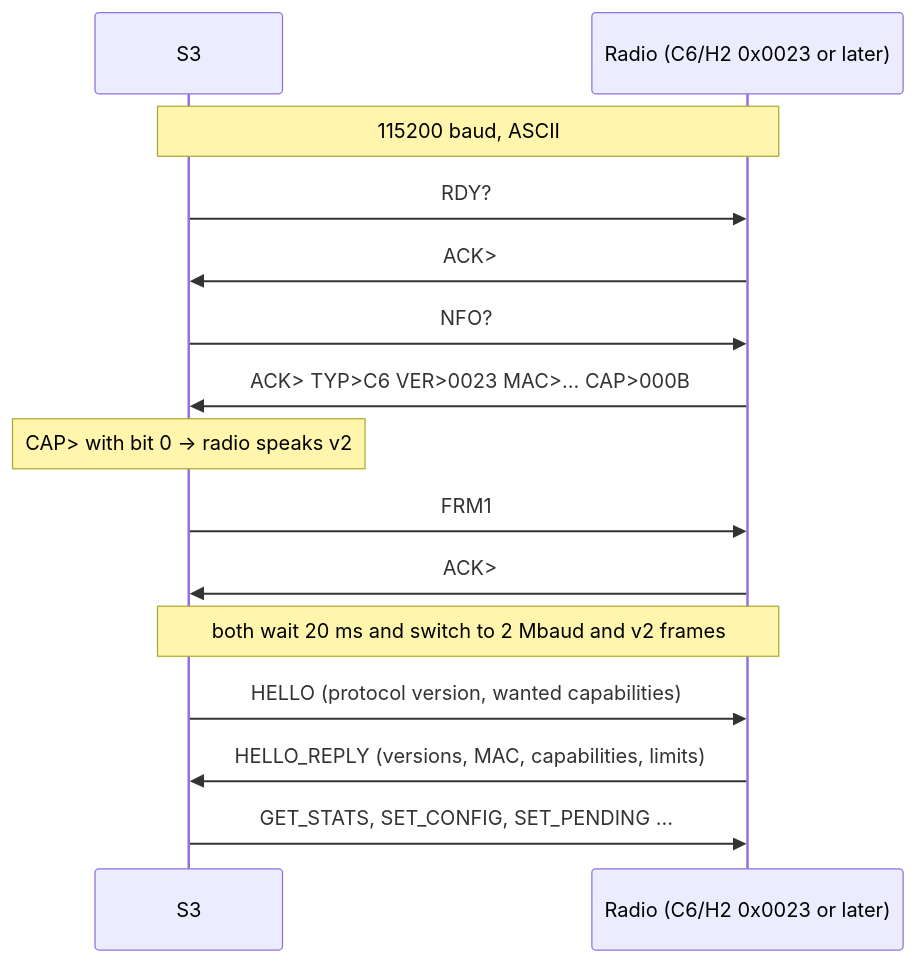
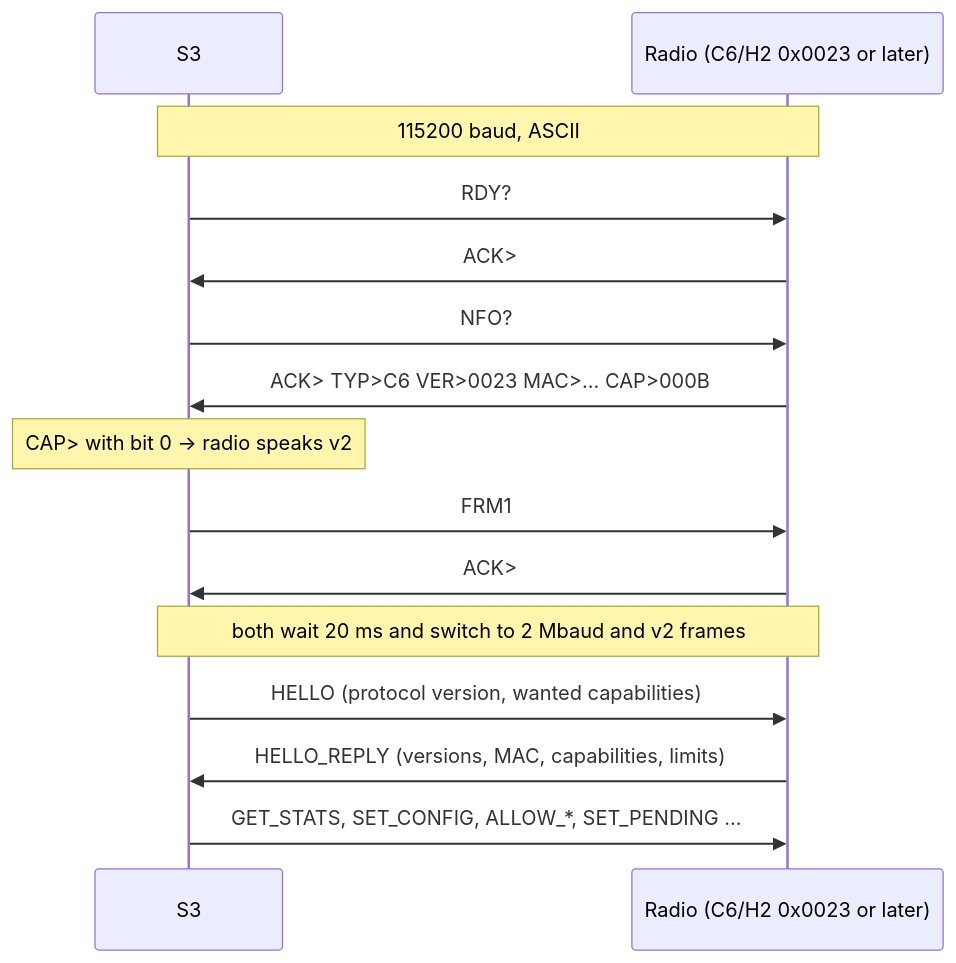
The diagram in docs/design/radio-protocol-v2.md (OpenEPaperLink/OpenEPaperLink), drawn with Mermaid before and after one commit. The commit also changed other lines of this file and 10 other files, not shown here.

````diff
--- a/docs/design/radio-protocol-v2.md
+++ b/docs/design/radio-protocol-v2.md
@@ -24,17 +24,17 @@
 ```mermaid
 sequenceDiagram
     participant S3
     participant R as Radio (C6/H2 0x0023 or later)
     Note over S3,R: 115200 baud, ASCII
     S3->>R: RDY?
     R->>S3: ACK>
     S3->>R: NFO?
     R->>S3: ACK> TYP>C6 VER>0023 MAC>… CAP>000B
     Note over S3: CAP> with bit 0 → radio speaks v2
     S3->>R: FRM1
     R->>S3: ACK>
     Note over S3,R: both wait 20 ms and switch to 2 Mbaud and v2 frames
     S3->>R: HELLO (protocol version, wanted capabilities)
     R->>S3: HELLO_REPLY (versions, MAC, capabilities, limits)
-    S3->>R: GET_STATS, SET_CONFIG, SET_PENDING …
+    S3->>R: GET_STATS, SET_CONFIG, ALLOW_*, SET_PENDING …
 ```
````
